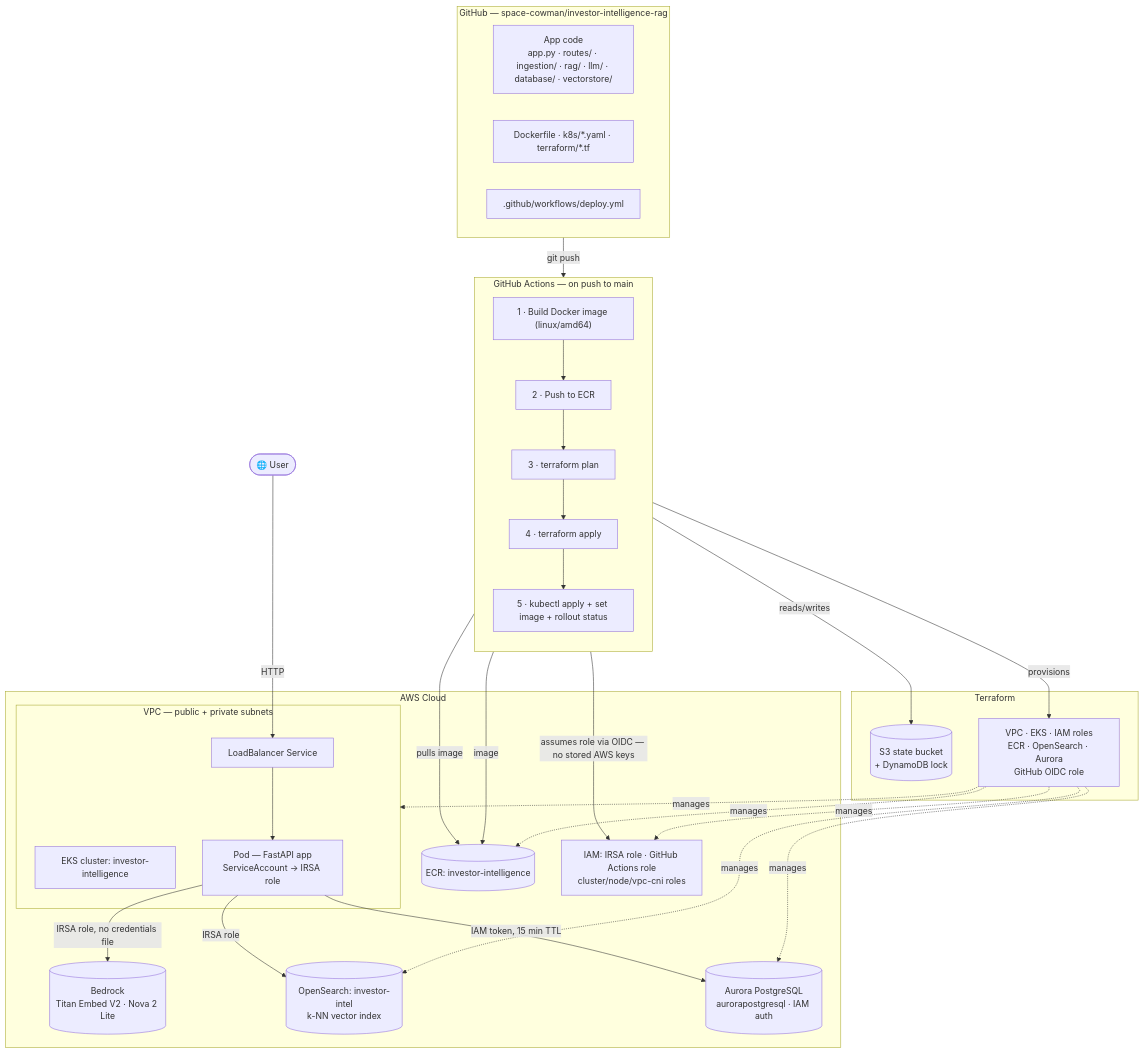
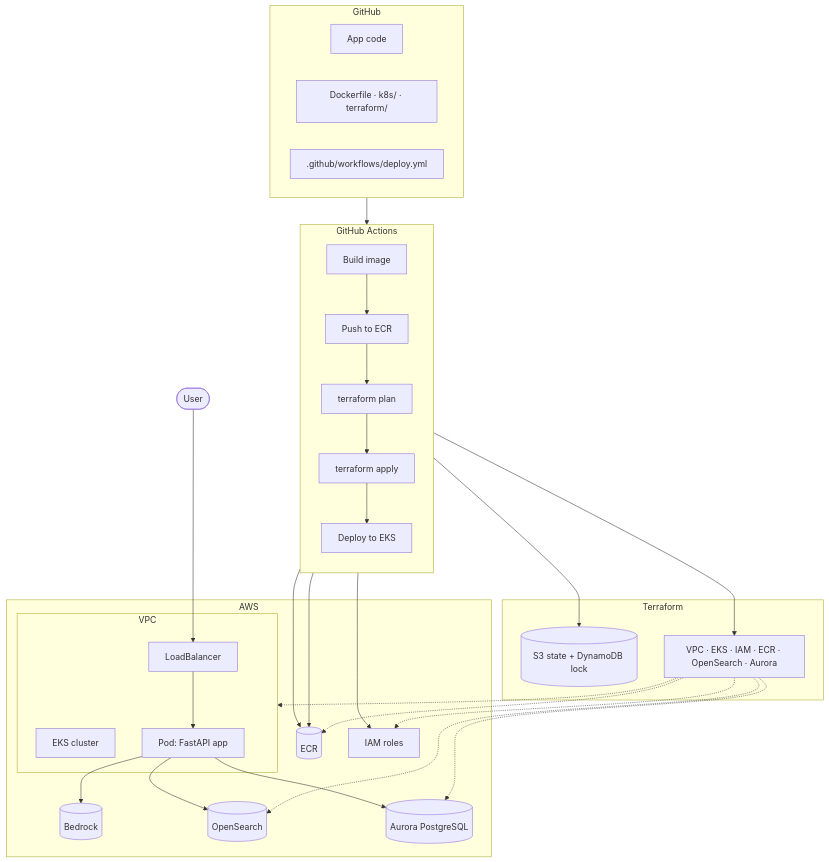
One commit to space-cowman/investor-intelligence-rag changed the first of 3 diagrams in README.md. Above: the diagram before and after it, drawn with Mermaid. The commit also changed other lines of this file, not shown here.

````diff
--- a/README.md
+++ b/README.md
@@ -21,54 +28,54 @@
 ```mermaid
 flowchart TB
-    User(["🌐 User"])
+    User(["User"])
 
-    subgraph GH["GitHub — space-cowman/investor-intelligence-rag"]
-        Code["App code<br/>app.py · routes/ · ingestion/ · rag/ · llm/ · database/ · vectorstore/"]
-        Infra["Dockerfile · k8s/*.yaml · terraform/*.tf"]
+    subgraph GH["GitHub"]
+        Code["App code"]
+        Infra["Dockerfile · k8s/ · terraform/"]
         Workflow[".github/workflows/deploy.yml"]
     end
 
-    subgraph GHA["GitHub Actions — on push to main"]
+    subgraph GHA["GitHub Actions"]
         direction TB
-        A1["1 · Build Docker image (linux/amd64)"]
-        A2["2 · Push to ECR"]
-        A3["3 · terraform plan"]
-        A4["4 · terraform apply"]
-        A5["5 · kubectl apply + set image + rollout status"]
+        A1["Build image"]
+        A2["Push to ECR"]
+        A3["terraform plan"]
+        A4["terraform apply"]
+        A5["Deploy to EKS"]
         A1 --> A2 --> A3 --> A4 --> A5
     end
 
     subgraph TF["Terraform"]
-        TFState[("S3 state bucket<br/>+ DynamoDB lock")]
-        TFDef["VPC · EKS · IAM roles<br/>ECR · OpenSearch · Aurora<br/>GitHub OIDC role"]
+        TFState[("S3 state + DynamoDB lock")]
+        TFDef["VPC · EKS · IAM · ECR · OpenSearch · Aurora"]
     end
 
-    subgraph AWS["AWS Cloud"]
-        subgraph VPC["VPC — public + private subnets"]
-            EKS["EKS cluster: investor-intelligence"]
-            Pod["Pod — FastAPI app<br/>ServiceAccount → IRSA role"]
-            LB["LoadBalancer Service"]
+    subgraph AWS["AWS"]
+        subgraph VPC["VPC"]
+            EKS["EKS cluster"]
+            Pod["Pod: FastAPI app"]
+            LB["LoadBalancer"]
         end
-        ECR[("ECR: investor-intelligence")]
-        Bedrock[("Bedrock<br/>Titan Embed V2 · Nova 2 Lite")]
-        OS[("OpenSearch: investor-intel<br/>k-NN vector index")]
-        Aurora[("Aurora PostgreSQL<br/>aurorapostgresql · IAM auth")]
-        IAM["IAM: IRSA role · GitHub Actions role<br/>cluster/node/vpc-cni roles"]
+        ECR[("ECR")]
+        Bedrock[("Bedrock")]
+        OS[("OpenSearch")]
+        Aurora[("Aurora PostgreSQL")]
+        IAM["IAM roles"]
     end
 
-    User -- "HTTP" --> LB --> Pod
-    GH -- "git push" --> GHA
-    GHA -- "assumes role via OIDC — no stored AWS keys" --> IAM
-    GHA -- "reads/writes" --> TFState
-    A4 -- "provisions" --> TFDef
-    TFDef -. manages .-> VPC
-    TFDef -. manages .-> ECR
-    TFDef -. manages .-> OS
-    TFDef -. manages .-> Aurora
-    TFDef -. manages .-> IAM
-    A2 -- image --> ECR
-    A5 -- "pulls image" --> ECR
-    Pod -- "IRSA role, no credentials file" --> Bedrock
-    Pod -- "IRSA role" --> OS
-    Pod -- "IAM token, 15 min TTL" --> Aurora
+    User --> LB --> Pod
+    GH --> GHA
+    GHA --> IAM
+    GHA --> TFState
+    A4 --> TFDef
+    TFDef -.-> VPC
+    TFDef -.-> ECR
+    TFDef -.-> OS
+    TFDef -.-> Aurora
+    TFDef -.-> IAM
+    A2 --> ECR
+    A5 --> ECR
+    Pod --> Bedrock
+    Pod --> OS
+    Pod --> Aurora
 ```
````
